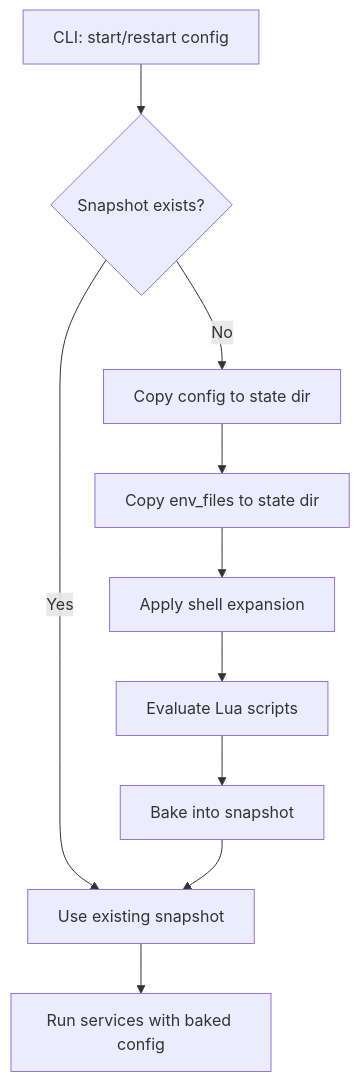
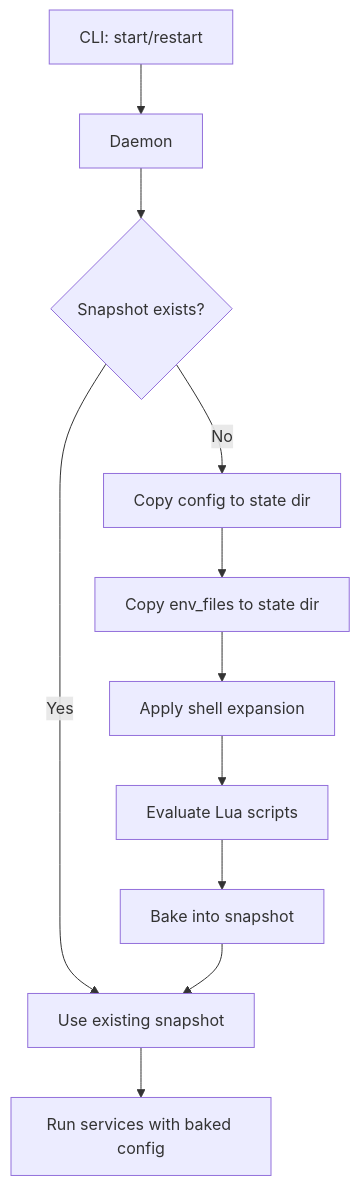
One commit to maleus-ai/kepler changed the second of 4 diagrams in ARCHITECTURE.md. Above: the diagram before and after it, drawn with Mermaid. The commit also changed other lines of this file, not shown here.

Commit message:
Update ARCHITECTURE diagrams

````diff
--- a/ARCHITECTURE.md
+++ b/ARCHITECTURE.md
@@ -111,12 +111,13 @@
 ```mermaid
 flowchart TD
-    A[CLI: start/restart config] --> B{Snapshot exists?}
-    B -->|Yes| C[Use existing snapshot]
-    B -->|No| D[Copy config to state dir]
-    D --> E[Copy env_files to state dir]
-    E --> F[Apply shell expansion]
-    F --> G[Evaluate Lua scripts]
-    G --> H[Bake into snapshot]
-    H --> C
-    C --> I[Run services with baked config]
+    A[CLI: start/restart] --> B[Daemon]
+    B --> C{Snapshot exists?}
+    C -->|Yes| D[Use existing snapshot]
+    C -->|No| E[Copy config to state dir]
+    E --> F[Copy env_files to state dir]
+    F --> G[Apply shell expansion]
+    G --> H[Evaluate Lua scripts]
+    H --> I[Bake into snapshot]
+    I --> D
+    D --> J[Run services with baked config]
 ```
````
